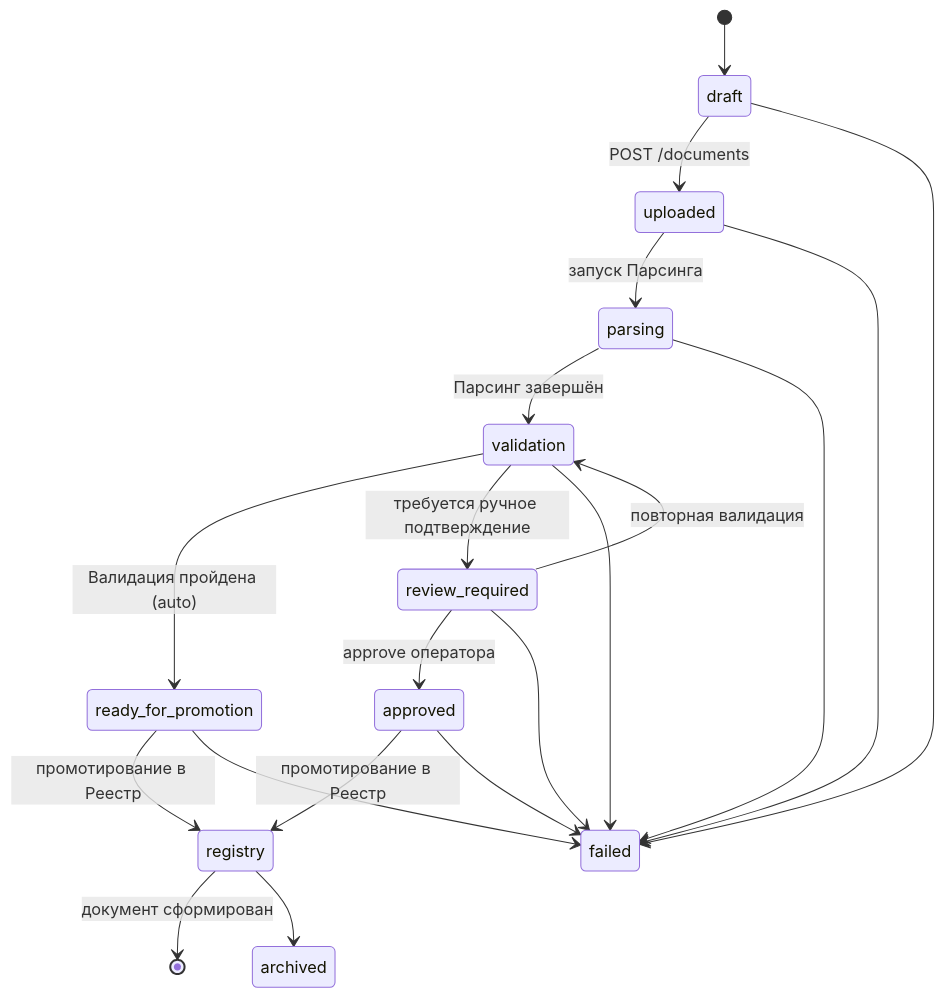
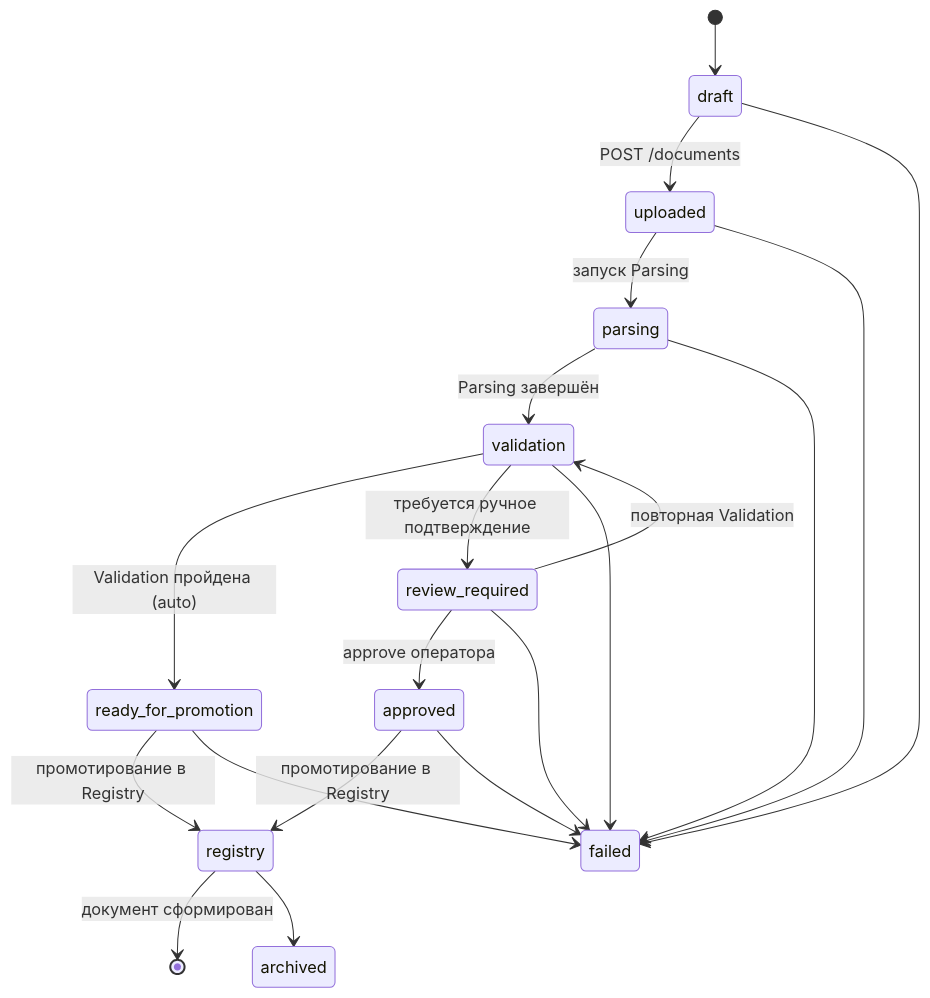
One commit to MasterKSAF/PKB changed the first of 3 diagrams in docs/pipelines/overview.md. Above: the diagram before and after it, drawn with Mermaid. The commit also changed other lines of this file and 12 other files, not shown here.

Commit message:
docs: замена имён сервисов на английские (Parsing, Validation, Registry) и внедрение longpoll-механизма

````diff
--- a/docs/pipelines/overview.md
+++ b/docs/pipelines/overview.md
@@ -56,24 +56,24 @@
 ```mermaid
 stateDiagram-v2
     [*] --> draft
     draft --> uploaded : POST /documents
-    uploaded --> parsing : запуск Парсинга
-    parsing --> validation : Парсинг завершён
-    validation --> ready_for_promotion : Валидация пройдена (auto)
+    uploaded --> parsing : запуск Parsing
+    parsing --> validation : Parsing завершён
+    validation --> ready_for_promotion : Validation пройдена (auto)
     validation --> review_required : требуется ручное подтверждение
-    review_required --> validation : повторная валидация
+    review_required --> validation : повторная Validation
     review_required --> approved : approve оператора
-    ready_for_promotion --> registry : промотирование в Реестр
-    approved --> registry : промотирование в Реестр
+    ready_for_promotion --> registry : промотирование в Registry
+    approved --> registry : промотирование в Registry
     
     draft --> failed
     uploaded --> failed
     parsing --> failed
     validation --> failed
     review_required --> failed
     ready_for_promotion --> failed
     approved --> failed
     
     registry --> [*] : документ сформирован
     registry --> archived
 ```
````
